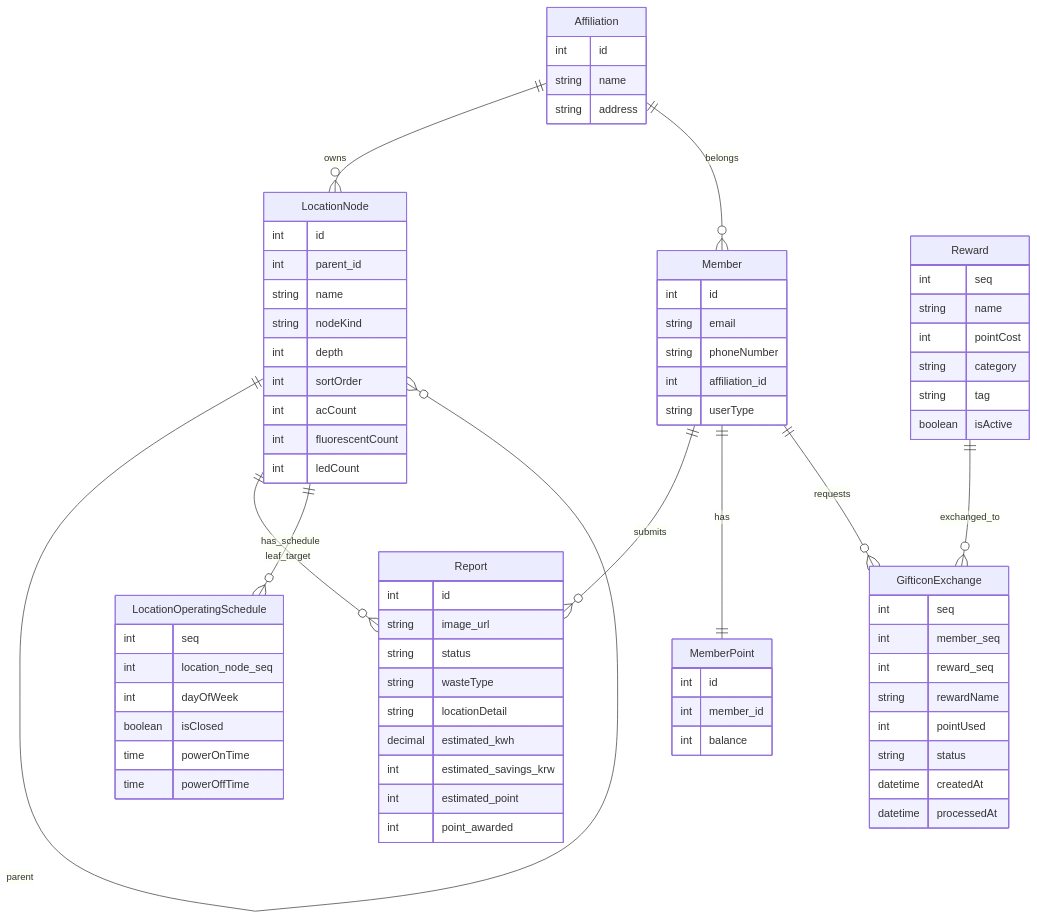
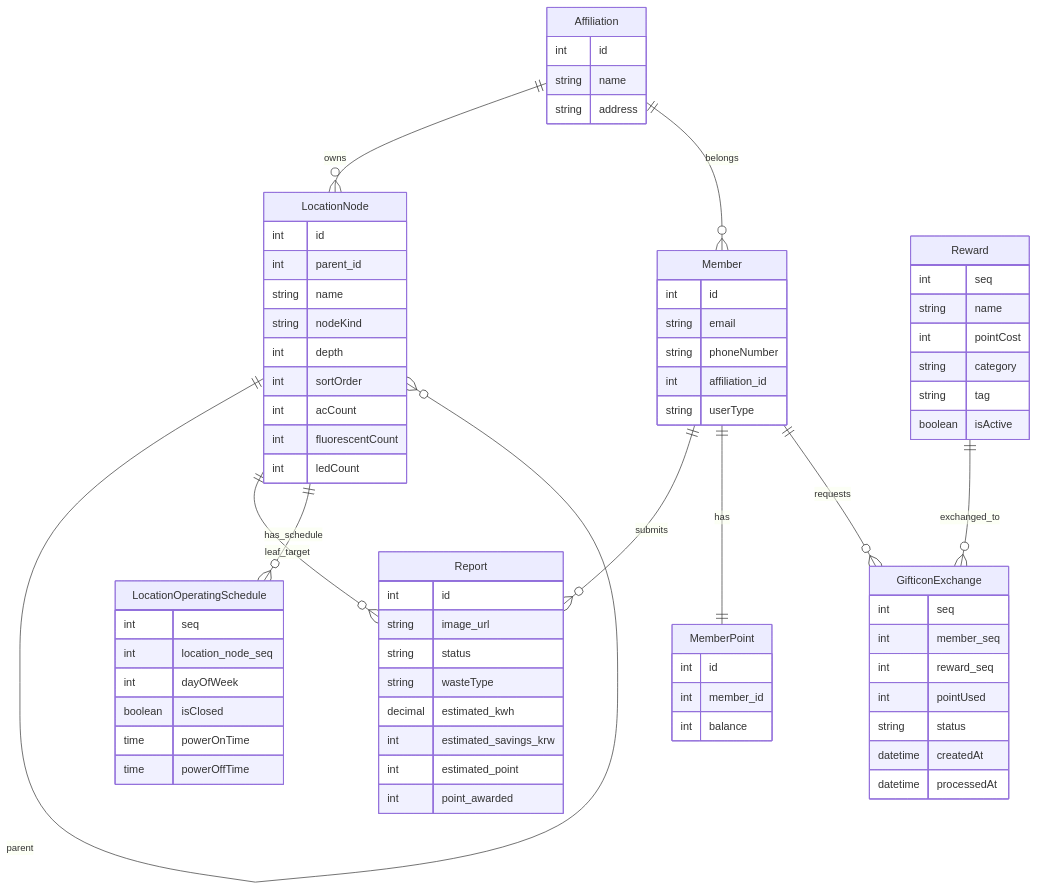
The third of 4 diagrams in docs/최종 제안서/6_시스템구조.md (ravenkim/sundry_study), drawn with Mermaid before and after one commit. The commit also changed other lines of this file and 10 other files, not shown here.

```diff
--- a/docs/최종 제안서/6_시스템구조.md
+++ b/docs/최종 제안서/6_시스템구조.md
@@ -206,7 +198,6 @@
     string image_url
     string status
     string wasteType
-    string locationDetail
     decimal estimated_kwh
     int estimated_savings_krw
     int estimated_point
@@ -232,7 +223,6 @@
     int seq
     int member_seq
     int reward_seq
-    string rewardName
     int pointUsed
     string status
     datetime createdAt
```
